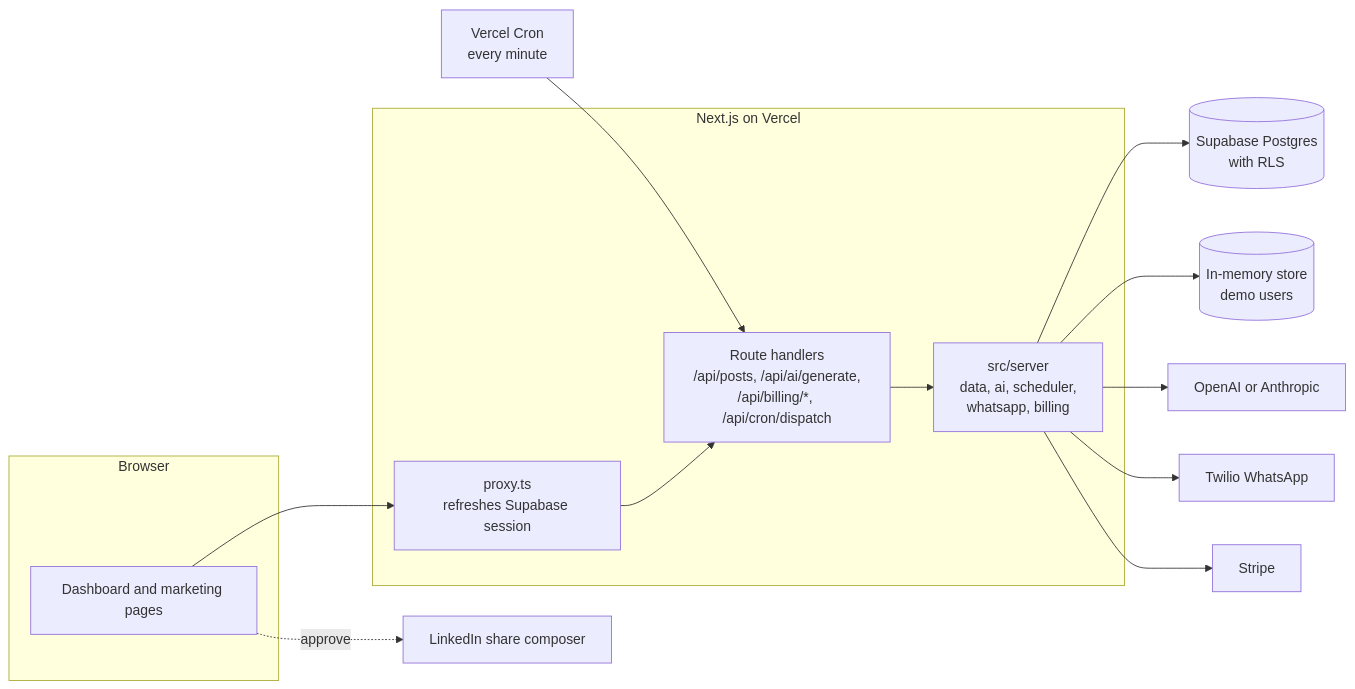
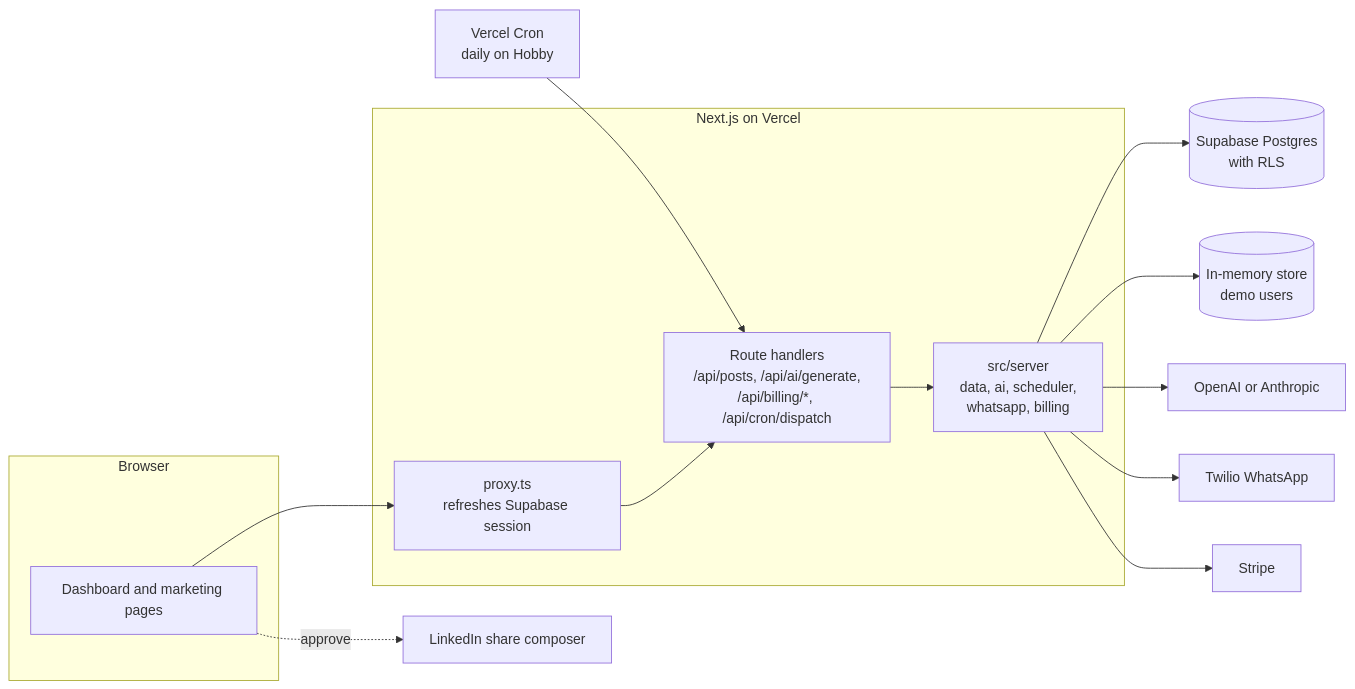
Before and after one commit to UsamaKhaki/postpilot: the diagram in README.md, drawn with Mermaid. The commit also changed other lines of this file and 1 other file, not shown here.

Commit message:
chore: run the dispatch cron daily so the demo deploys on Vercel Hobby
Hobby only allows daily cron jobs and rejects the every-minute
schedule at deploy time. The README notes how to restore it on Pro.

````diff
--- a/README.md
+++ b/README.md
@@ -54,19 +54,19 @@
 ```mermaid
 flowchart LR
   subgraph Browser
     UI[Dashboard and marketing pages]
   end
   subgraph Next.js on Vercel
     Proxy[proxy.ts<br/>refreshes Supabase session]
     API[Route handlers<br/>/api/posts, /api/ai/generate,<br/>/api/billing/*, /api/cron/dispatch]
     Server[src/server<br/>data, ai, scheduler,<br/>whatsapp, billing]
   end
-  Cron[Vercel Cron<br/>every minute] --> API
+  Cron[Vercel Cron<br/>daily on Hobby] --> API
   UI --> Proxy --> API --> Server
   Server --> DB[(Supabase Postgres<br/>with RLS)]
   Server --> Mem[(In-memory store<br/>demo users)]
   Server --> AI[OpenAI or Anthropic]
   Server --> Twilio[Twilio WhatsApp]
   Server --> Stripe[Stripe]
   UI -. approve .-> LinkedIn[LinkedIn share composer]
 ```
````
